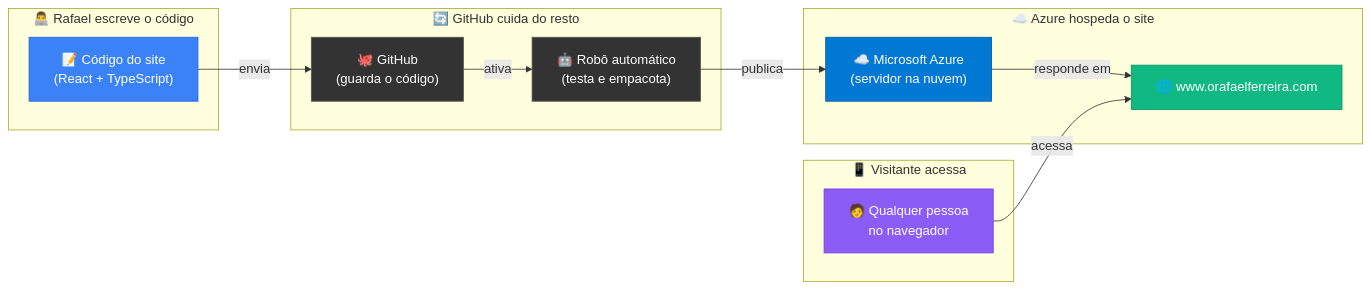
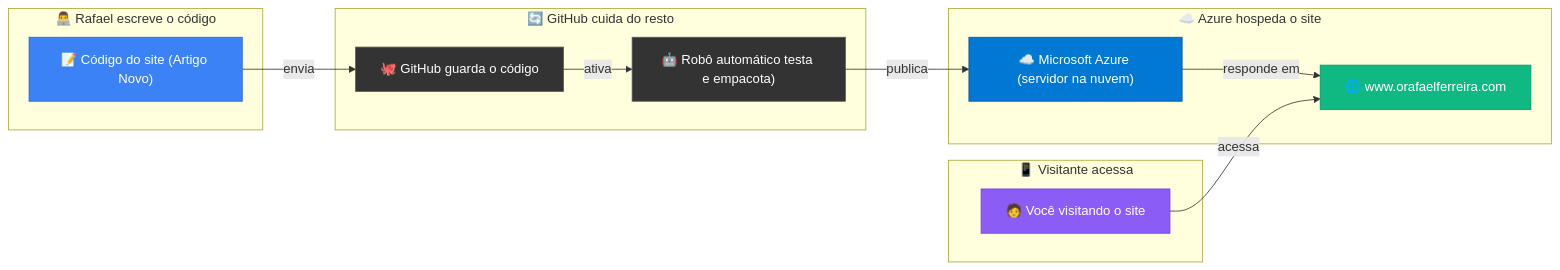
One commit to orafaelferreiraa/orafaelferreira-com changed the first of 5 diagrams in README.md. Above: the diagram before and after it, drawn with Mermaid. The commit also changed other lines of this file, not shown here.

Commit message:
refactor(docs): update README for consistency; improve section titles and diagram labels

````diff
--- a/README.md
+++ b/README.md
@@ -158,33 +158,33 @@
 ```mermaid
 graph LR
     subgraph "👨‍💻 Rafael escreve o código"
-        Code["📝 Código do site\n(React + TypeScript)"]
+        Code["📝 Código do site (Artigo Novo)"]
     end
 
     subgraph "🔄 GitHub cuida do resto"
-        GH["🐙 GitHub\n(guarda o código)"]
-        CI["🤖 Robô automático\n(testa e empacota)"]
+        GH["🐙 GitHub guarda o código"]
+        CI["🤖 Robô automático testa e empacota)"]
     end
 
     subgraph "☁️ Azure hospeda o site"
-        Azure["☁️ Microsoft Azure\n(servidor na nuvem)"]
+        Azure["☁️ Microsoft Azure (servidor na nuvem)"]
         Domain["🌐 www.orafaelferreira.com"]
     end
 
     subgraph "📱 Visitante acessa"
-        User["🧑 Qualquer pessoa\nno navegador"]
+        User["🧑 Você visitando o site"]
     end
 
     Code -->|"envia"| GH
     GH -->|"ativa"| CI
     CI -->|"publica"| Azure
     Azure -->|"responde em"| Domain
     User -->|"acessa"| Domain
 
     style Code fill:#3b82f6,color:#fff,stroke:#2563eb
     style GH fill:#333,color:#fff,stroke:#555
     style CI fill:#333,color:#fff,stroke:#555
     style Azure fill:#0078D4,color:#fff,stroke:#005a9e
     style Domain fill:#10b981,color:#fff,stroke:#059669
     style User fill:#8b5cf6,color:#fff,stroke:#7c3aed
 ```
````
